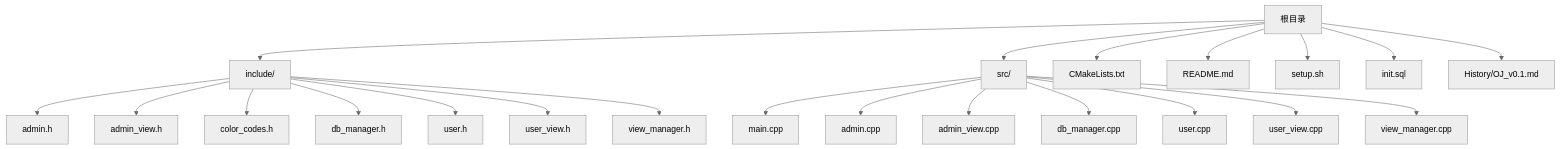
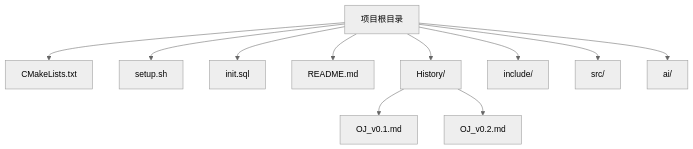
One commit to jinpeng900/OJ-Test changed the first of 9 diagrams in .qoder/repowiki/zh/content/开发指南.md. Above: the diagram before and after it, drawn with Mermaid (neutral theme). The commit also changed other lines of this file and 65 other files, not shown here.

````diff
--- a/.qoder/repowiki/zh/content/开发指南.md
+++ b/.qoder/repowiki/zh/content/开发指南.md
@@ -55,24 +46,24 @@
 ```mermaid
 graph TB
-A["根目录"] --> B["include/"]
-A --> C["src/"]
-A --> D["CMakeLists.txt"]
-A --> E["README.md"]
-A --> F["setup.sh"]
-A --> G["init.sql"]
-A --> H["History/OJ_v0.1.md"]
-B --> B1["admin.h"]
-B --> B2["admin_view.h"]
-B --> B3["color_codes.h"]
-B --> B4["db_manager.h"]
-B --> B5["user.h"]
-B --> B6["user_view.h"]
-B --> B7["view_manager.h"]
-C --> C1["main.cpp"]
-C --> C2["admin.cpp"]
-C --> C3["admin_view.cpp"]
-C --> C4["db_manager.cpp"]
-C --> C5["user.cpp"]
-C --> C6["user_view.cpp"]
-C --> C7["view_manager.cpp"]
+Root["项目根目录"]
+CMake["CMakeLists.txt"]
+Setup["setup.sh"]
+Init["init.sql"]
+Readme["README.md"]
+Hist["History/"]
+V01["OJ_v0.1.md"]
+V02["OJ_v0.2.md"]
+Inc["include/"]
+Src["src/"]
+Ai["ai/"]
+Root --> CMake
+Root --> Setup
+Root --> Init
+Root --> Readme
+Root --> Hist
+Hist --> V01
+Hist --> V02
+Root --> Inc
+Root --> Src
+Root --> Ai
 ```
````
